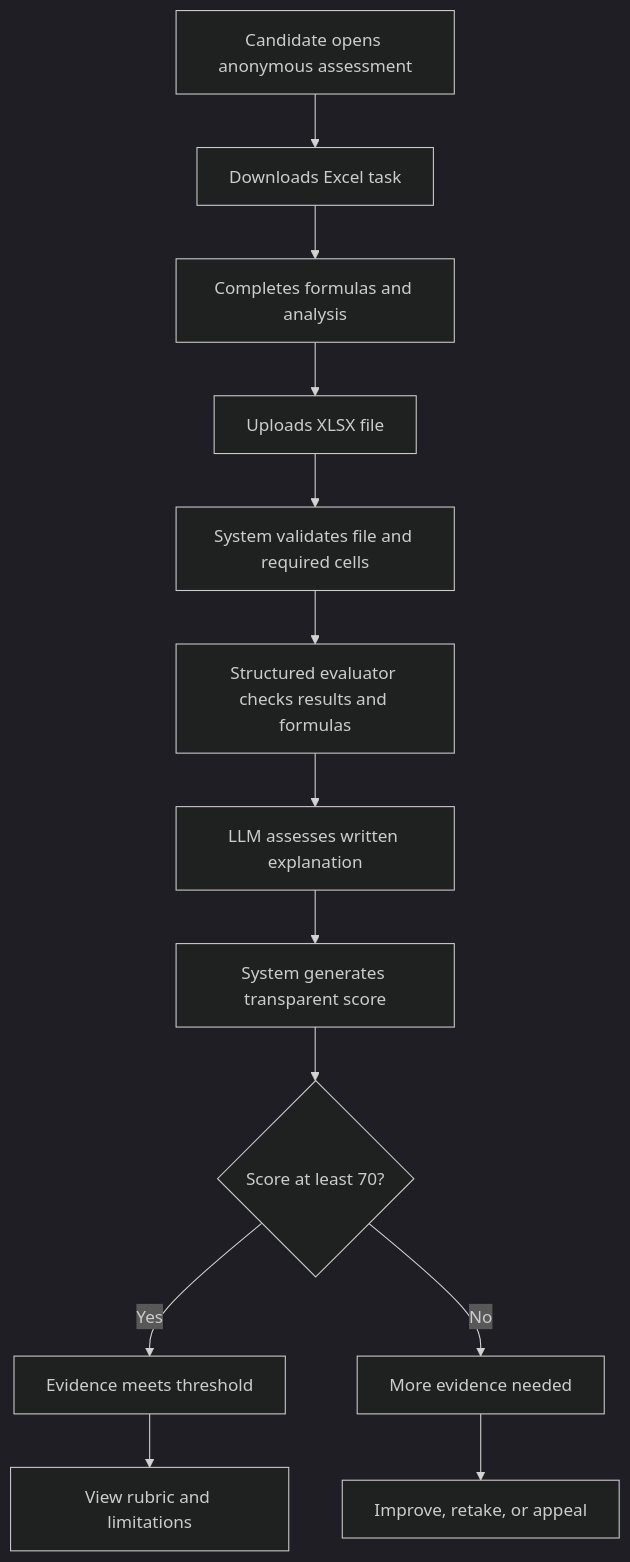
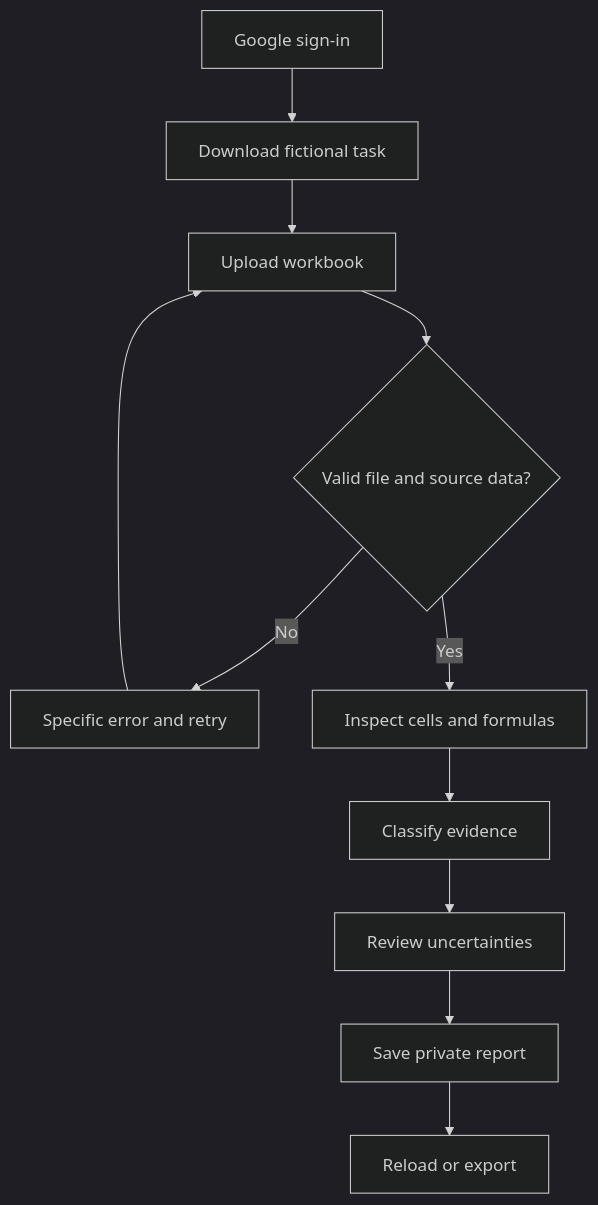
One commit to valeriakarambuilds-sketch/skillproof-mx changed the first of 2 diagrams in docs/PACKET.md. Above: the diagram before and after it, drawn with Mermaid (dark theme). The commit also changed other lines of this file and 3 other files, not shown here.

Commit message:
docs: establish Week 12 charter and packet before core changes

````diff
--- a/docs/PACKET.md
+++ b/docs/PACKET.md
@@ -100,15 +20,13 @@
 ```mermaid
 flowchart TD
-    A[Candidate opens anonymous assessment] --> B[Downloads Excel task]
-    B --> C[Completes formulas and analysis]
-    C --> D[Uploads XLSX file]
-    D --> E[System validates file and required cells]
-    E --> F[Structured evaluator checks results and formulas]
-    F --> G[LLM assesses written explanation]
-    G --> H[System generates transparent score]
-    H --> I{Score at least 70?}
-    I -->|Yes| J[Evidence meets threshold]
-    I -->|No| K[More evidence needed]
-    J --> L[View rubric and limitations]
-    K --> M[Improve, retake, or appeal]
+ A[Google sign-in] --> B[Download fictional task]
+ B --> C[Upload workbook]
+ C --> D{Valid file and source data?}
+ D -->|No| E[Specific error and retry]
+ E --> C
+ D -->|Yes| F[Inspect cells and formulas]
+ F --> G[Classify evidence]
+ G --> H[Review uncertainties]
+ H --> I[Save private report]
+ I --> J[Reload or export]
 ```
````
